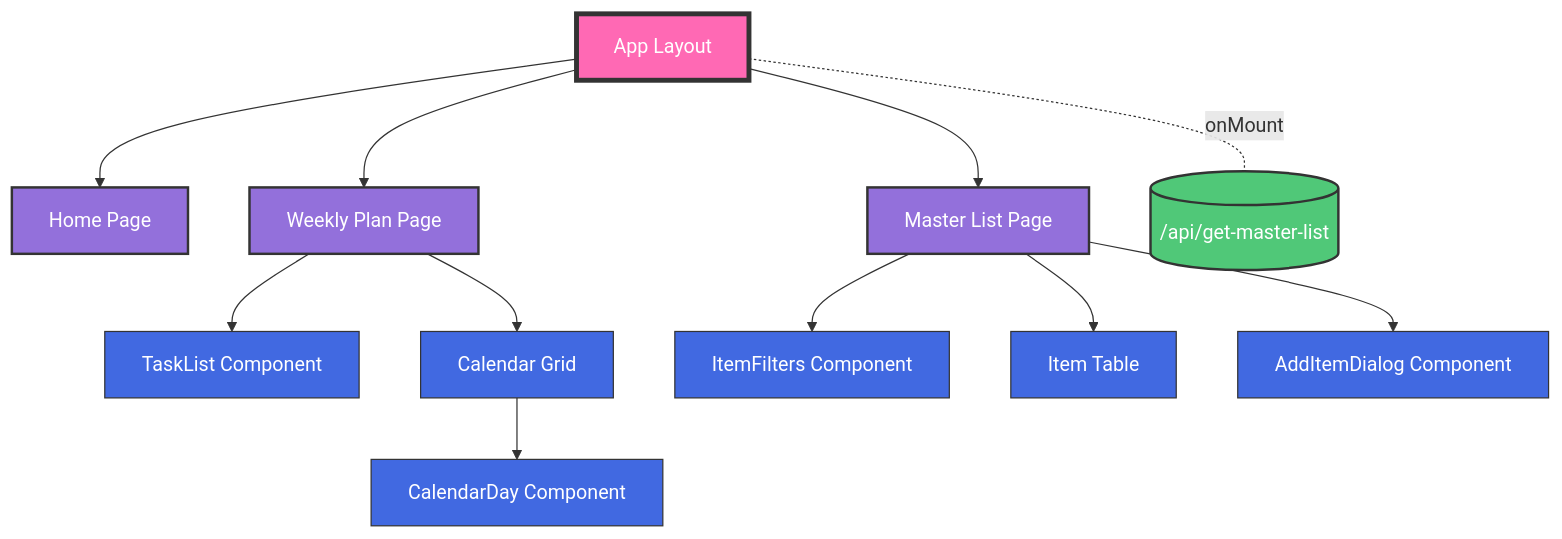
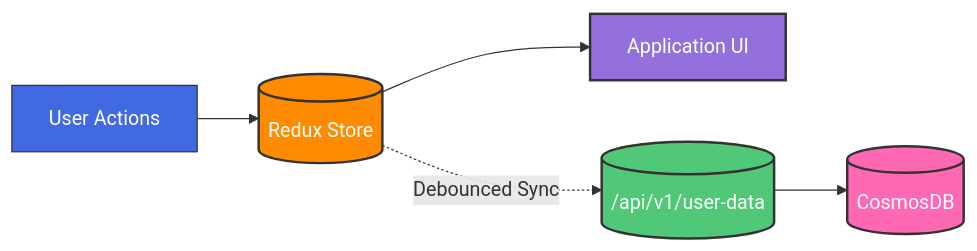
The second of 2 diagrams in design_document.md (DanGiannone1/life_manager), drawn with Mermaid before and after one commit. The commit also changed other lines of this file and 3 other files, not shown here.

````diff
--- a/design_document.md
+++ b/design_document.md
@@ -22,40 +126,20 @@
 ```mermaid
-graph TD
-    %% Core Layout
-    App[App Layout] --> Home[Home Page]
-    App --> Weekly[Weekly Plan Page]
-    App --> Master[Master List Page]
-    
-    %% Weekly Plan Components
-    Weekly --> WP_TaskList[TaskList Component]
-    Weekly --> WP_Calendar[Calendar Grid]
-    WP_Calendar --> WP_CalendarDay[CalendarDay Component]
-    
-    %% Master List Components
-    Master --> ML_Filters[ItemFilters Component]
-    Master --> ML_Table[Item Table]
-    Master --> ML_AddDialog[AddItemDialog Component]
-    
-    %% API Endpoint - Using a smaller circle representation
-    API[(/api/get-master-list)]
-    
-    %% Single API Call from App Layout
-    App -.-|onMount| API
-    
-    %% Styling - Pages get a distinct fill color, components get a different fill
-    style App fill:#FF69B4,stroke:#333,stroke-width:4px,color:white
-    style Home fill:#9370DB,stroke:#333,stroke-width:2px,color:white
-    style Weekly fill:#9370DB,stroke:#333,stroke-width:2px,color:white
-    style Master fill:#9370DB,stroke:#333,stroke-width:2px,color:white
-    
-    %% Component styling
-    style WP_TaskList fill:#4169E1,stroke:#333,stroke-width:1px,color:white
-    style WP_Calendar fill:#4169E1,stroke:#333,stroke-width:1px,color:white
-    style WP_CalendarDay fill:#4169E1,stroke:#333,stroke-width:1px,color:white
-    style ML_Filters fill:#4169E1,stroke:#333,stroke-width:1px,color:white
-    style ML_Table fill:#4169E1,stroke:#333,stroke-width:1px,color:white
-    style ML_AddDialog fill:#4169E1,stroke:#333,stroke-width:1px,color:white
-    
-    %% API styling
-    style API fill:#50C878,stroke:#333,stroke-width:2px,color:white
+flowchart LR
+    Actions[User Actions] -->
+    Store[(Redux Store)] -->
+    UI[Application UI]
+    Store -.->|Debounced Sync| API[(/api/v1/user-data)] -->
+    DB[(CosmosDB)]
+
+    classDef storeNode fill:#FF8C00,stroke:#333,stroke-width:2px,color:white
+    classDef apiNode fill:#50C878,stroke:#333,stroke-width:2px,color:white
+    classDef actionNode fill:#4169E1,stroke:#333,stroke-width:1px,color:white
+    classDef dbNode fill:#FF69B4,stroke:#333,stroke-width:2px,color:white
+    classDef uiNode fill:#9370DB,stroke:#333,stroke-width:2px,color:white
+
+    class Store storeNode
+    class API apiNode
+    class Actions actionNode
+    class DB dbNode
+    class UI uiNode
 ```
````
